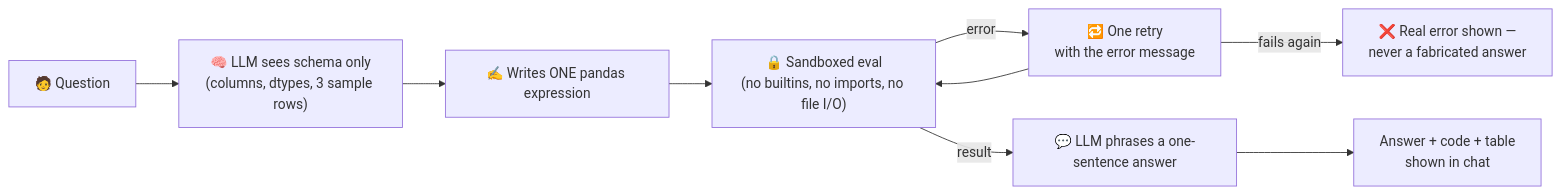
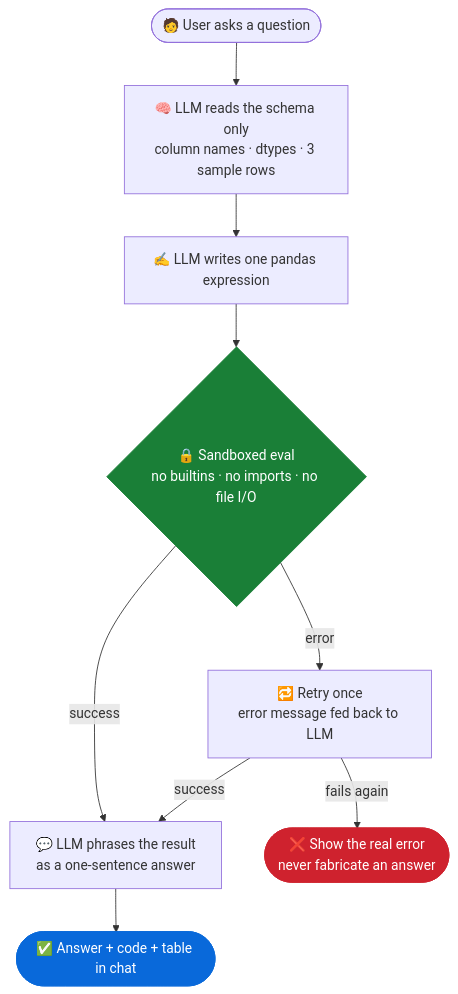
Before and after one commit to arnavvpareek/csv-chat-assistant: the diagram in README.md, drawn with Mermaid. The commit also changed other lines of this file, not shown here.

Commit message:
README polish: clearer top-down flowchart, tighter limitations section

````diff
--- a/README.md
+++ b/README.md
@@ -21,11 +21,15 @@
 ```mermaid
-flowchart LR
-    A["🧑 Question"] --> B["🧠 LLM sees schema only<br/>(columns, dtypes, 3 sample rows)"]
-    B --> C["✍️ Writes ONE pandas expression"]
-    C --> D["🔒 Sandboxed eval<br/>(no builtins, no imports, no file I/O)"]
-    D -- "error" --> E["🔁 One retry<br/>with the error message"]
-    E --> D
-    D -- "result" --> F["💬 LLM phrases a one-sentence answer"]
-    F --> G["Answer + code + table<br/>shown in chat"]
-    E -- "fails again" --> H["❌ Real error shown —<br/>never a fabricated answer"]
+flowchart TD
+    A(["🧑 User asks a question"]) --> B["🧠 LLM reads the schema only<br/>column names · dtypes · 3 sample rows"]
+    B --> C["✍️ LLM writes one pandas expression"]
+    C --> D{"🔒 Sandboxed eval<br/>no builtins · no imports · no file I/O"}
+    D -->|success| E["💬 LLM phrases the result<br/>as a one-sentence answer"]
+    D -->|error| F["🔁 Retry once<br/>error message fed back to LLM"]
+    F -->|success| E
+    F -->|fails again| G(["❌ Show the real error<br/>never fabricate an answer"])
+    E --> H(["✅ Answer + code + table in chat"])
+
+    style D fill:#1a7f37,color:#fff,stroke:#1a7f37
+    style G fill:#cf222e,color:#fff,stroke:#cf222e
+    style H fill:#0969da,color:#fff,stroke:#0969da
 ```
````
